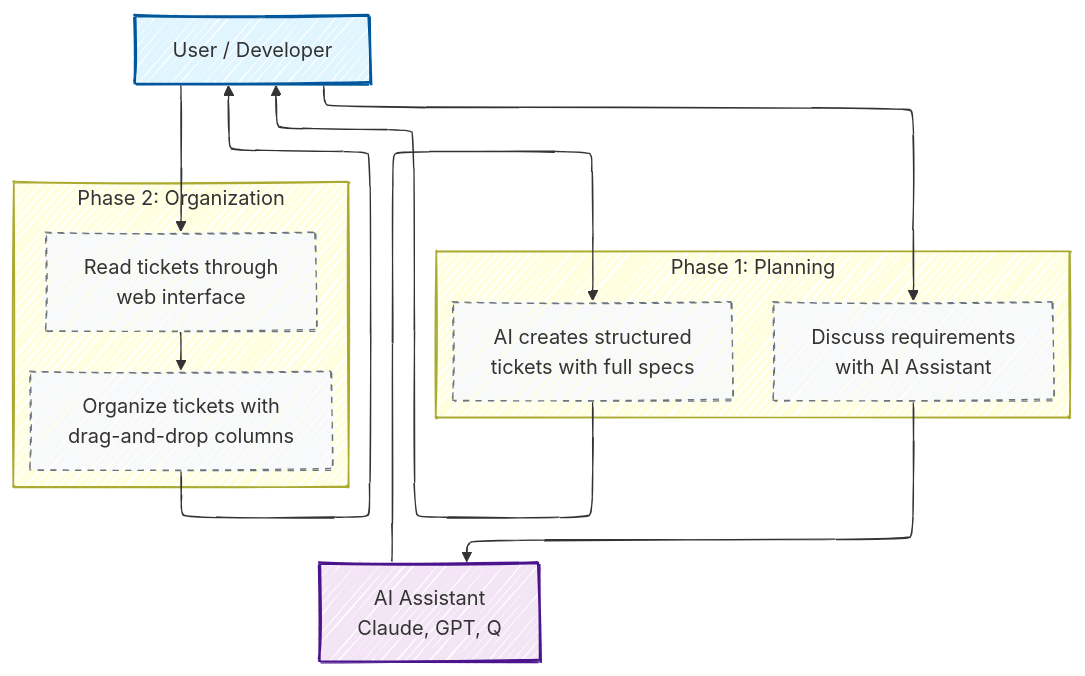
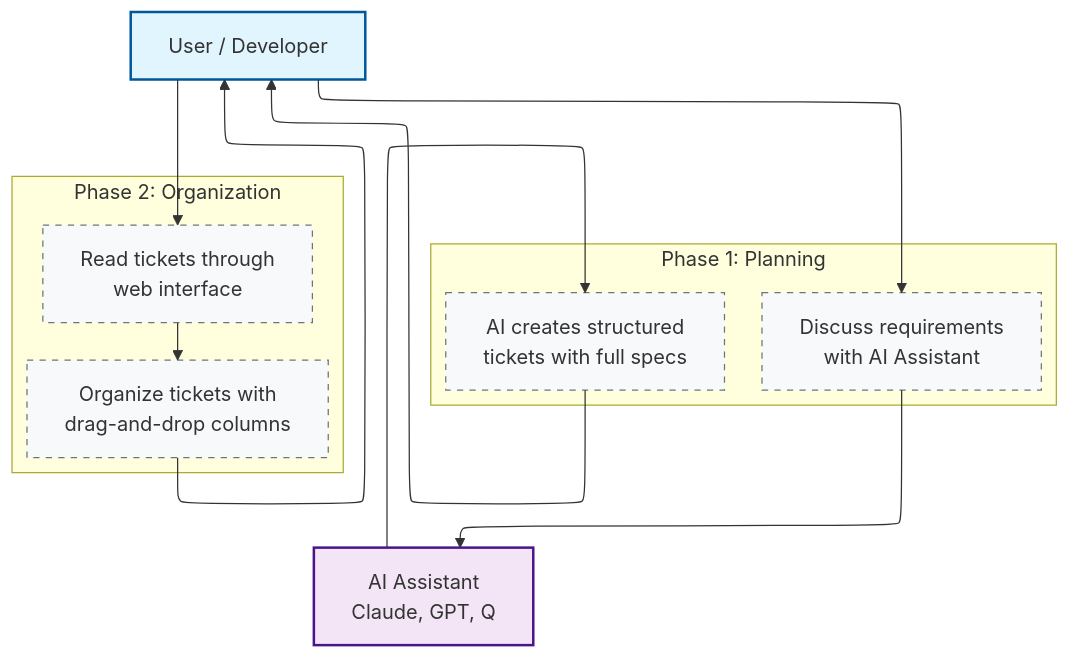
The first of 2 diagrams in README.md (andkirby/markdown-ticket), drawn with Mermaid before and after one commit. The commit also changed other lines of this file, not shown here.

Commit message:
Update mermaid config by removing handDrawn look
Removed 'look: handDrawn' from mermaid configurations.

````diff
--- a/README.md
+++ b/README.md
@@ -69,35 +69,34 @@
 ```mermaid
 ---
 config:
   layout: elk
-  look: handDrawn
 ---
 flowchart TD
     User[User / Developer]
     LLM[AI Assistant<br/>Claude, GPT, Q]
 
     subgraph "Phase 1: Planning"
         A1[Discuss requirements<br/>with AI Assistant]
         A2[AI creates structured<br/>tickets with full specs]
     end
 
     subgraph "Phase 2: Organization"
         B1[Read tickets through<br/>web interface]
         B2[Organize tickets with<br/>drag-and-drop columns]
     end
 
     User --> A1
     A1 --> LLM
     LLM --> A2
     A2 --> User
 
     User --> B1
     B1 --> B2
     B2 --> User
 
     style User fill:#e1f5fe,stroke:#01579b,stroke-width:2px
     style LLM fill:#f3e5f5,stroke:#4a148c,stroke-width:2px
 
     classDef phaseBox fill:#f8f9fa,stroke:#6c757d,stroke-width:1px,stroke-dasharray: 5 5
     class A1,A2,B1,B2 phaseBox
 ```
````
